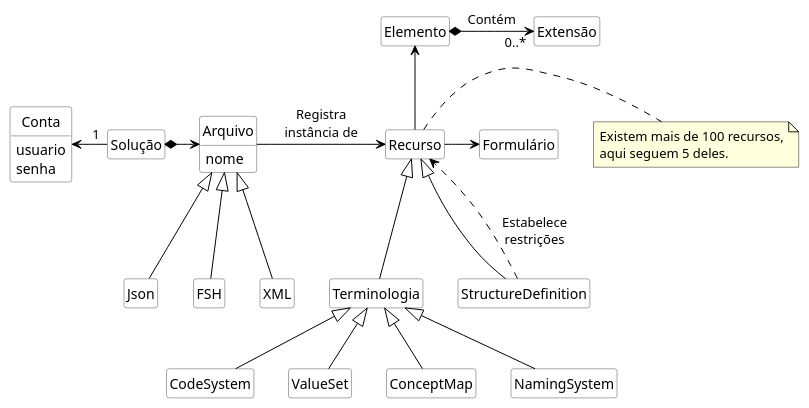
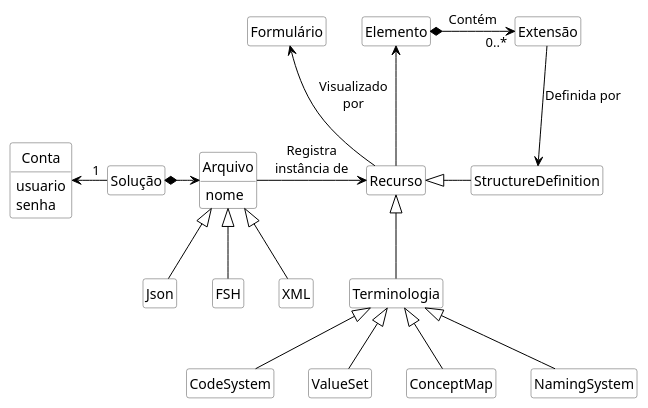
Before and after one commit to rnds-tools/gui: the diagram in diagramas/dominio.puml, drawn with PlantUML.

Commit message:
extensao

```diff
--- a/diagramas/dominio.puml
+++ b/diagramas/dominio.puml
@@ -1,80 +1,81 @@
 @startuml dominio
 
 hide circle
 hide methods
 hide empty members
 
 skinparam class {
     BackgroundColor White
     ArrowColor Black
     BorderColor #505050
 }
 
 class Conta {
     usuario
     senha
 }
 
 class Solução {
 }
 
 class Arquivo {
     nome
 }
 
 class Json {
 }
 
 class FSH {
 }
 
 class XML {
 }
 
 class Recurso {
 }
 
 class Terminologia {
 }
 
 class CodeSystem {
 }
 
 class ValueSet {
 }
 
 class ConceptMap {
 }
 
 class NamingSystem {
 }
 
 class StructureDefinition {
 }
 
 class Elemento {}
 class Extensão {}
 
 Terminologia -up-|> Recurso
-StructureDefinition -up-|> Recurso
-StructureDefinition ..> Recurso : Estabelece\nrestrições
+StructureDefinition -left-|> Recurso
+
 CodeSystem -up-|> Terminologia
 ValueSet -up-|> Terminologia
 ConceptMap -up-|> Terminologia
 NamingSystem -up-|> Terminologia
 
 Arquivo -right-> Recurso : "Registra\ninstância de"
 Solução *-right-> Arquivo
 Solução "1" -left-> Conta
 
 XML -up-|> Arquivo
 Json -up-|> Arquivo
 FSH -up-|> Arquivo
 
-note "Existem mais de 100 recursos,\naqui seguem 5 deles." as Nota
-Recurso .right. Nota
 
 Recurso -up-> Elemento
-Recurso -right-> Formulário
+Recurso -up-> Formulário : Visualizado\npor
 Elemento *-right-> "0..*" Extensão : Contém
+
+Extensão -down-> StructureDefinition : Definida por
+
 @enduml
```
